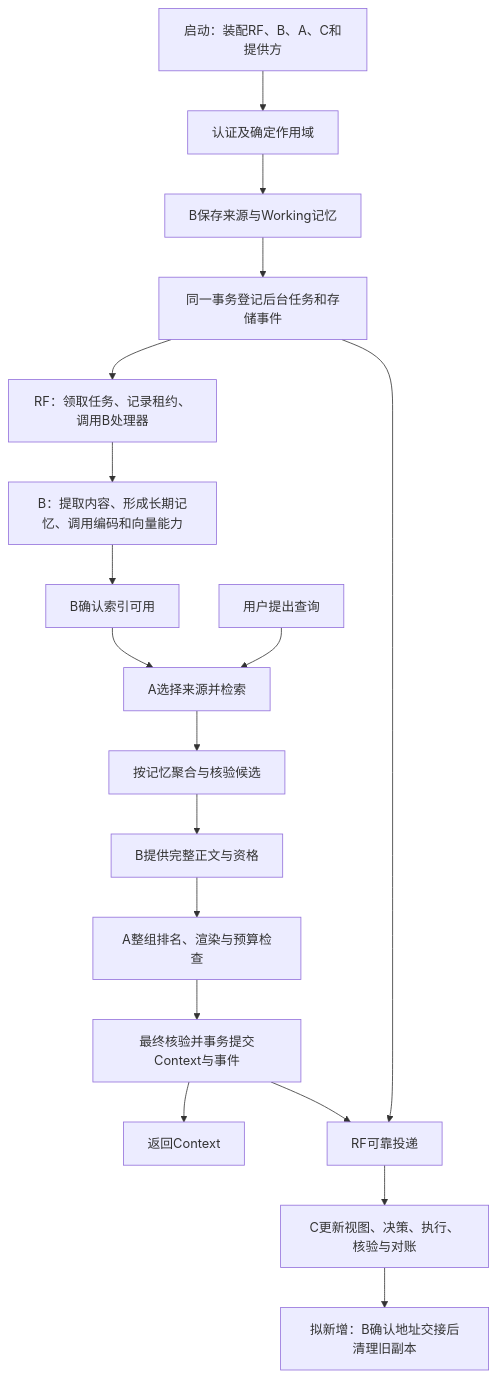
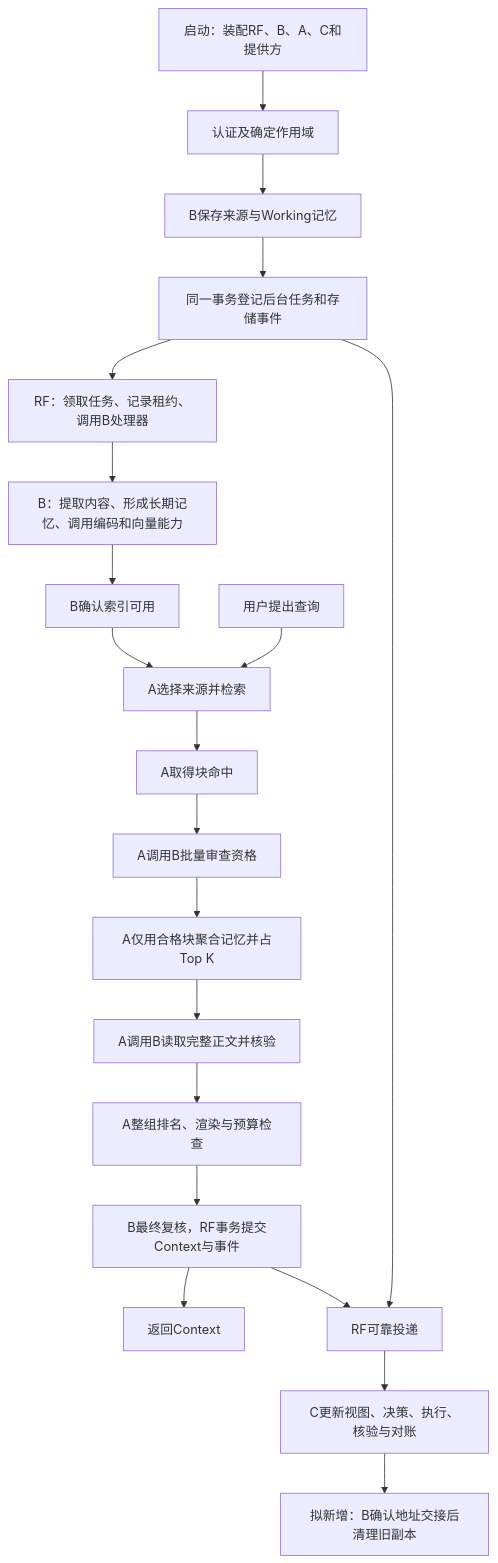
Before and after one commit to csdnk/Ather-AIAgent: the diagram in 交付成果/测试与验收/测试人员交接包_20260922/02_流程与规则/09_P3完整框架对象与接口流程讲解_20260922.md, drawn with Mermaid. The commit also changed other lines of this file and 9 other files, not shown here.

````diff
--- a/交付成果/测试与验收/测试人员交接包_20260922/02_流程与规则/09_P3完整框架对象与接口流程讲解_20260922.md
+++ b/交付成果/测试与验收/测试人员交接包_20260922/02_流程与规则/09_P3完整框架对象与接口流程讲解_20260922.md
@@ -36,20 +36,22 @@
 ```mermaid
 flowchart TD
     S[启动：装配RF、B、A、C和提供方] --> I[认证及确定作用域]
     I --> B[B保存来源与Working记忆]
     B --> T[同一事务登记后台任务和存储事件]
     T --> W[RF：领取任务、记录租约、调用B处理器]
     W --> X[B：提取内容、形成长期记忆、调用编码和向量能力]
     X --> P[B确认索引可用]
     Q[用户提出查询] --> A[A选择来源并检索]
     P --> A
-    A --> M[按记忆聚合与核验候选]
-    M --> F[B提供完整正文与资格]
+    A --> V[A取得块命中]
+    V --> J[A调用B批量审查资格]
+    J --> M[A仅用合格块聚合记忆并占Top K]
+    M --> F[A调用B读取完整正文并核验]
     F --> G[A整组排名、渲染与预算检查]
-    G --> K[最终核验并事务提交Context与事件]
+    G --> K[B最终复核，RF事务提交Context与事件]
     K --> U[返回Context]
     T --> E[RF可靠投递]
     K --> E
     E --> C[C更新视图、决策、执行、核验与对账]
     C --> H[拟新增：B确认地址交接后清理旧副本]
 ```
````
